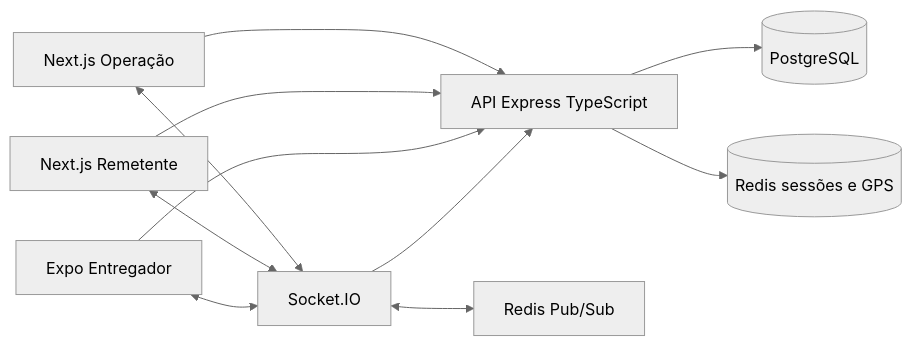
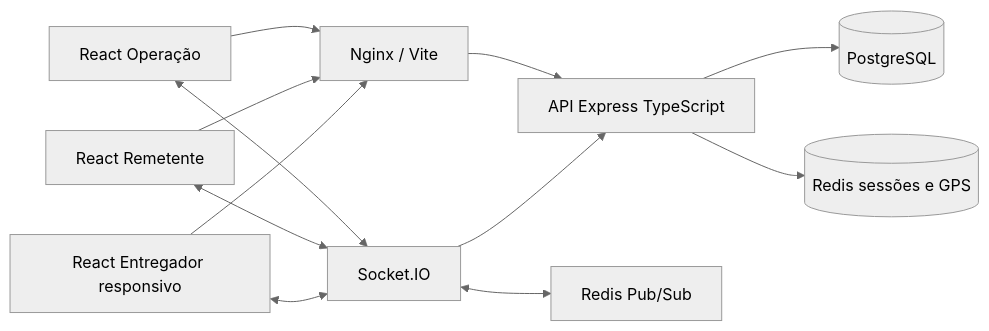
One commit to ryansousals/RotaJa changed the diagram in docs/ARQUITETURA.md. Above: the diagram before and after it, drawn with Mermaid (neutral theme). The commit also changed other lines of this file and 10 other files, not shown here.

````diff
--- a/docs/ARQUITETURA.md
+++ b/docs/ARQUITETURA.md
@@ -5,13 +5,14 @@
 ```mermaid
 flowchart LR
-  ADM[Next.js Operação] --> API[API Express TypeScript]
-  CLI[Next.js Remetente] --> API
-  ENT[Expo Entregador] --> API
+  ADM[React Operação] --> PROXY[Nginx / Vite]
+  CLI[React Remetente] --> PROXY
+  ENT[React Entregador responsivo] --> PROXY
+  PROXY --> API[API Express TypeScript]
   ADM <--> WS[Socket.IO]
   CLI <--> WS
   ENT <--> WS
   WS --> API
   API --> PG[(PostgreSQL)]
   API --> REDIS[(Redis sessões e GPS)]
   WS <--> BROKER[Redis Pub/Sub]
 ```
````
